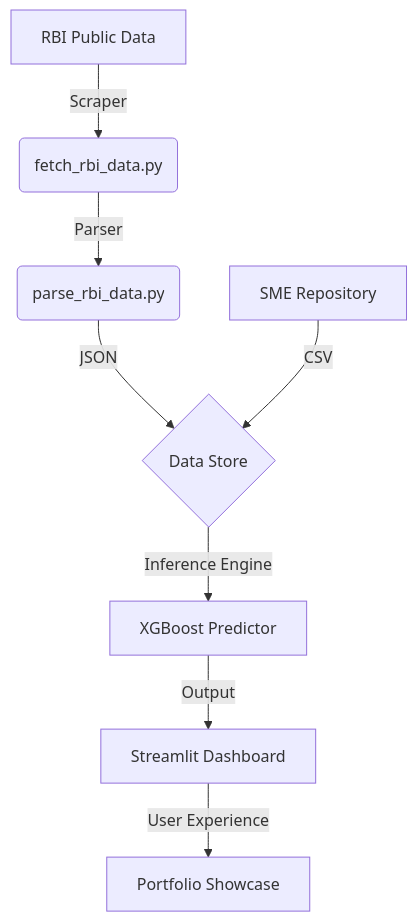
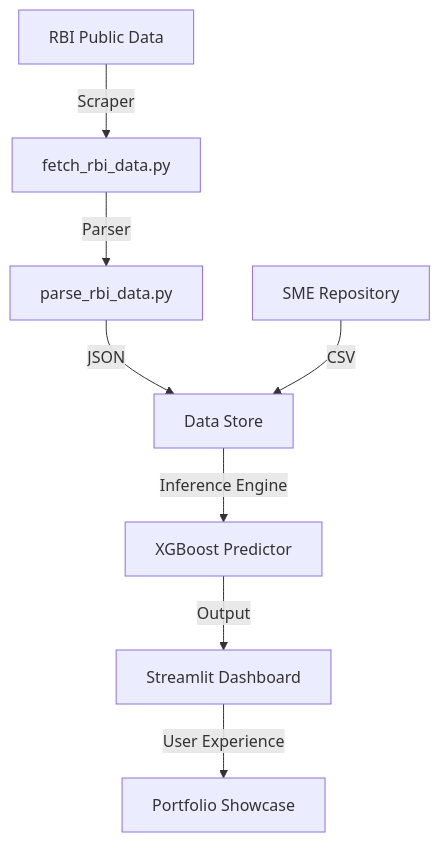
Before and after one commit to RishabJainhub/sme-credit-platform: the diagram in docs/ARCHITECTURE.md, drawn with Mermaid. The commit also changed 4 other files, not shown here.

Commit message:
docs: overhaul documentation, architecture, metadata, and add .gitattributes linguist vendoring

````diff
--- a/docs/ARCHITECTURE.md
+++ b/docs/ARCHITECTURE.md
@@ -27,10 +27,10 @@
 ```mermaid
-graph TD
-    A[RBI Public Data] -->|Scraper| B(fetch_rbi_data.py)
-    B -->|Parser| C(parse_rbi_data.py)
-    C -->|JSON| D{Data Store}
-    E[SME Repository] -->|CSV| D
-    D -->|Inference Engine| F[XGBoost Predictor]
-    F -->|Output| G[Streamlit Dashboard]
-    G -->|User Experience| H[Portfolio Showcase]
+flowchart TD
+    A["RBI Public Data"] -->|Scraper| B["fetch_rbi_data.py"]
+    B -->|Parser| C["parse_rbi_data.py"]
+    C -->|JSON| D["Data Store"]
+    E["SME Repository"] -->|CSV| D
+    D -->|Inference Engine| F["XGBoost Predictor"]
+    F -->|Output| G["Streamlit Dashboard"]
+    G -->|User Experience| H["Portfolio Showcase"]
 ```
````
